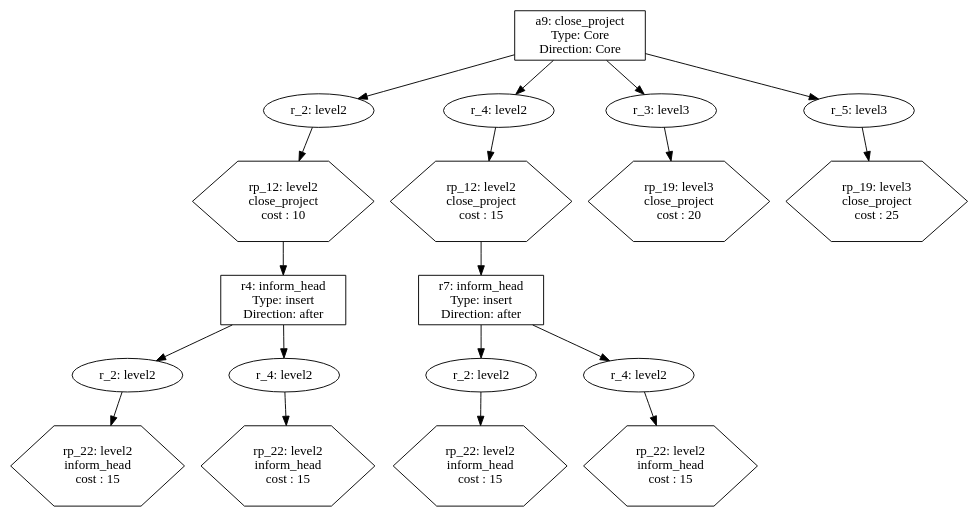
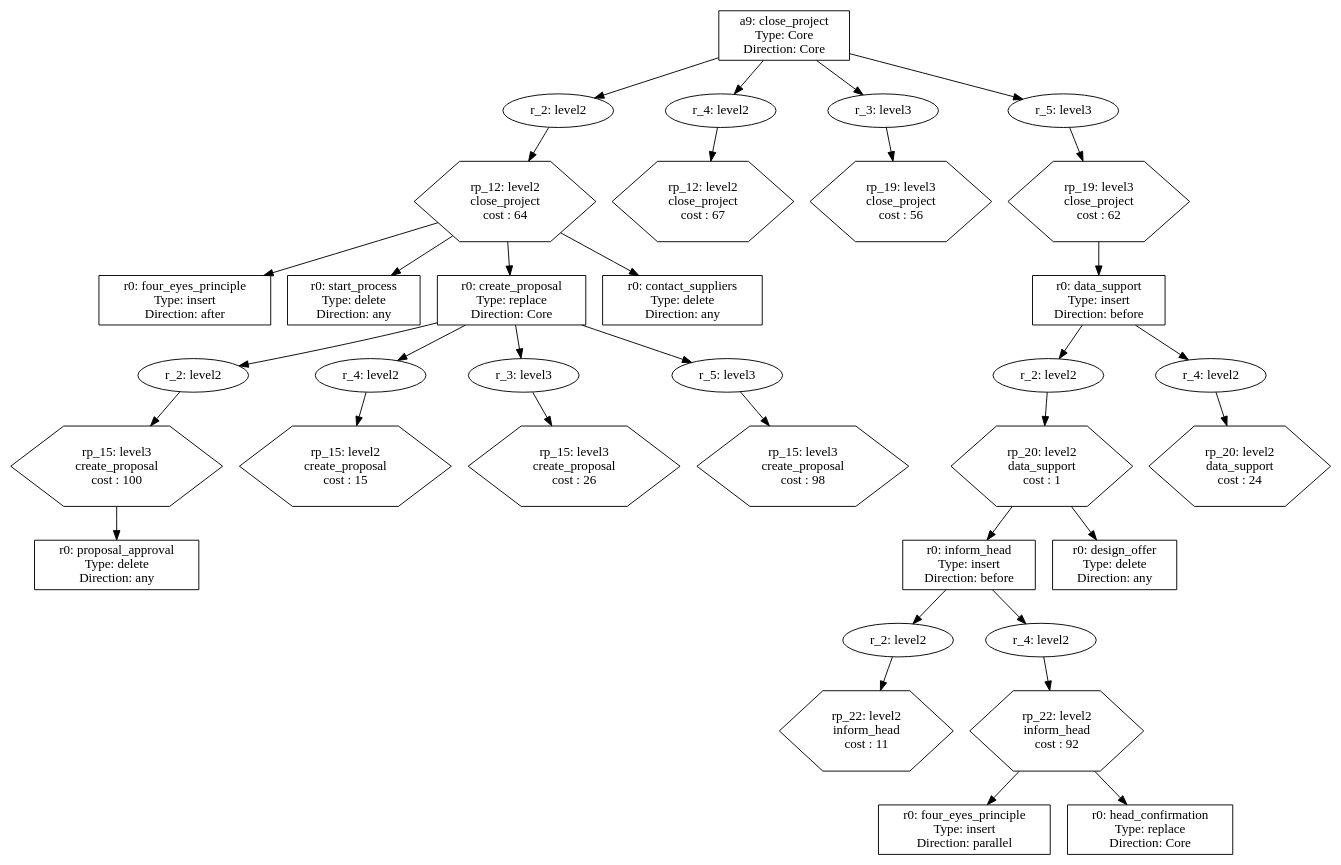
One commit to Schlixmann/RA-RPST-Allocation changed the diagram in tree_allocation/tree/tmp/call_tree.dot. Above: the diagram before and after it, drawn with Graphviz. The commit also changed 17 other files, not shown here.

```diff
--- a/tree_allocation/tree/tmp/call_tree.dot
+++ b/tree_allocation/tree/tmp/call_tree.dot
@@ -1,61 +1,117 @@
 digraph CallTree {
-	"4912c7f4-c8de-11ee-ab3a-04cf4b795879" [label = "a9: close_project 
+	"7f15f74c-cb57-11ee-9270-04cf4b795879" [label = "a9: close_project 
  Type: Core 
  Direction: Core" shape=rectangle]	; 
-	"4912eb44-c8de-11ee-ab3a-04cf4b795879" [label = "r_2: level2"]	; 
- 	"4912c7f4-c8de-11ee-ab3a-04cf4b795879" -> "4912eb44-c8de-11ee-ab3a-04cf4b795879"	 ;
-	"4912f300-c8de-11ee-ab3a-04cf4b795879" [label = "rp_12: level2 
+	"7f160a66-cb57-11ee-9270-04cf4b795879" [label = "r_2: level2"]	; 
+ 	"7f15f74c-cb57-11ee-9270-04cf4b795879" -> "7f160a66-cb57-11ee-9270-04cf4b795879"	 ;
+	"7f160e94-cb57-11ee-9270-04cf4b795879" [label = "rp_12: level2 
  close_project 
- cost : 10" shape=polygon sides=6]	; 
-	"4912eb44-c8de-11ee-ab3a-04cf4b795879" -> "4912f300-c8de-11ee-ab3a-04cf4b795879"	 ;
-	"4912f95e-c8de-11ee-ab3a-04cf4b795879" [label = "r4: inform_head 
+ cost : 64" shape=polygon sides=6]	; 
+	"7f160a66-cb57-11ee-9270-04cf4b795879" -> "7f160e94-cb57-11ee-9270-04cf4b795879"	 ;
+	"7f1611fa-cb57-11ee-9270-04cf4b795879" [label = "r0: four_eyes_principle 
  Type: insert 
  Direction: after" shape=rectangle]	; 
-	"4912f300-c8de-11ee-ab3a-04cf4b795879" -> "4912f95e-c8de-11ee-ab3a-04cf4b795879"	 ;
-	"491304d0-c8de-11ee-ab3a-04cf4b795879" [label = "r_2: level2"]	; 
- 	"4912f95e-c8de-11ee-ab3a-04cf4b795879" -> "491304d0-c8de-11ee-ab3a-04cf4b795879"	 ;
-	"49130cdc-c8de-11ee-ab3a-04cf4b795879" [label = "rp_22: level2 
+	"7f160e94-cb57-11ee-9270-04cf4b795879" -> "7f1611fa-cb57-11ee-9270-04cf4b795879"	 ;
+	"7f16166e-cb57-11ee-9270-04cf4b795879" [label = "r0: start_process 
+ Type: delete 
+ Direction: any" shape=rectangle]	; 
+	"7f160e94-cb57-11ee-9270-04cf4b795879" -> "7f16166e-cb57-11ee-9270-04cf4b795879"	 ;
+	"7f161a4c-cb57-11ee-9270-04cf4b795879" [label = "r0: create_proposal 
+ Type: replace 
+ Direction: Core" shape=rectangle]	; 
+	"7f160e94-cb57-11ee-9270-04cf4b795879" -> "7f161a4c-cb57-11ee-9270-04cf4b795879"	 ;
+	"7f162028-cb57-11ee-9270-04cf4b795879" [label = "r_2: level2"]	; 
+ 	"7f161a4c-cb57-11ee-9270-04cf4b795879" -> "7f162028-cb57-11ee-9270-04cf4b795879"	 ;
+	"7f16242e-cb57-11ee-9270-04cf4b795879" [label = "rp_15: level3 
+ create_proposal 
+ cost : 100" shape=polygon sides=6]	; 
+	"7f162028-cb57-11ee-9270-04cf4b795879" -> "7f16242e-cb57-11ee-9270-04cf4b795879"	 ;
+	"7f16276c-cb57-11ee-9270-04cf4b795879" [label = "r0: proposal_approval 
+ Type: delete 
+ Direction: any" shape=rectangle]	; 
+	"7f16242e-cb57-11ee-9270-04cf4b795879" -> "7f16276c-cb57-11ee-9270-04cf4b795879"	 ;
+	"7f162b36-cb57-11ee-9270-04cf4b795879" [label = "r_4: level2"]	; 
+ 	"7f161a4c-cb57-11ee-9270-04cf4b795879" -> "7f162b36-cb57-11ee-9270-04cf4b795879"	 ;
+	"7f162f0a-cb57-11ee-9270-04cf4b795879" [label = "rp_15: level2 
+ create_proposal 
+ cost : 15" shape=polygon sides=6]	; 
+	"7f162b36-cb57-11ee-9270-04cf4b795879" -> "7f162f0a-cb57-11ee-9270-04cf4b795879"	 ;
+	"7f16322a-cb57-11ee-9270-04cf4b795879" [label = "r_3: level3"]	; 
+ 	"7f161a4c-cb57-11ee-9270-04cf4b795879" -> "7f16322a-cb57-11ee-9270-04cf4b795879"	 ;
+	"7f1635ea-cb57-11ee-9270-04cf4b795879" [label = "rp_15: level3 
+ create_proposal 
+ cost : 26" shape=polygon sides=6]	; 
+	"7f16322a-cb57-11ee-9270-04cf4b795879" -> "7f1635ea-cb57-11ee-9270-04cf4b795879"	 ;
+	"7f1638ec-cb57-11ee-9270-04cf4b795879" [label = "r_5: level3"]	; 
+ 	"7f161a4c-cb57-11ee-9270-04cf4b795879" -> "7f1638ec-cb57-11ee-9270-04cf4b795879"	 ;
+	"7f163cfc-cb57-11ee-9270-04cf4b795879" [label = "rp_15: level3 
+ create_proposal 
+ cost : 98" shape=polygon sides=6]	; 
+	"7f1638ec-cb57-11ee-9270-04cf4b795879" -> "7f163cfc-cb57-11ee-9270-04cf4b795879"	 ;
+	"7f16401c-cb57-11ee-9270-04cf4b795879" [label = "r0: contact_suppliers 
+ Type: delete 
+ Direction: any" shape=rectangle]	; 
+	"7f160e94-cb57-11ee-9270-04cf4b795879" -> "7f16401c-cb57-11ee-9270-04cf4b795879"	 ;
+	"7f1643f0-cb57-11ee-9270-04cf4b795879" [label = "r_4: level2"]	; 
+ 	"7f15f74c-cb57-11ee-9270-04cf4b795879" -> "7f1643f0-cb57-11ee-9270-04cf4b795879"	 ;
+	"7f1647e2-cb57-11ee-9270-04cf4b795879" [label = "rp_12: level2 
+ close_project 
+ cost : 67" shape=polygon sides=6]	; 
+	"7f1643f0-cb57-11ee-9270-04cf4b795879" -> "7f1647e2-cb57-11ee-9270-04cf4b795879"	 ;
+	"7f164af8-cb57-11ee-9270-04cf4b795879" [label = "r_3: level3"]	; 
+ 	"7f15f74c-cb57-11ee-9270-04cf4b795879" -> "7f164af8-cb57-11ee-9270-04cf4b795879"	 ;
+	"7f164eae-cb57-11ee-9270-04cf4b795879" [label = "rp_19: level3 
+ close_project 
+ cost : 56" shape=polygon sides=6]	; 
+	"7f164af8-cb57-11ee-9270-04cf4b795879" -> "7f164eae-cb57-11ee-9270-04cf4b795879"	 ;
+	"7f1651ba-cb57-11ee-9270-04cf4b795879" [label = "r_5: level3"]	; 
+ 	"7f15f74c-cb57-11ee-9270-04cf4b795879" -> "7f1651ba-cb57-11ee-9270-04cf4b795879"	 ;
+	"7f16557a-cb57-11ee-9270-04cf4b795879" [label = "rp_19: level3 
+ close_project 
+ cost : 62" shape=polygon sides=6]	; 
+	"7f1651ba-cb57-11ee-9270-04cf4b795879" -> "7f16557a-cb57-11ee-9270-04cf4b795879"	 ;
+	"7f165886-cb57-11ee-9270-04cf4b795879" [label = "r0: data_support 
+ Type: insert 
+ Direction: before" shape=rectangle]	; 
+	"7f16557a-cb57-11ee-9270-04cf4b795879" -> "7f165886-cb57-11ee-9270-04cf4b795879"	 ;
+	"7f165ffc-cb57-11ee-9270-04cf4b795879" [label = "r_2: level2"]	; 
+ 	"7f165886-cb57-11ee-9270-04cf4b795879" -> "7f165ffc-cb57-11ee-9270-04cf4b795879"	 ;
+	"7f166452-cb57-11ee-9270-04cf4b795879" [label = "rp_20: level2 
+ data_support 
+ cost : 1" shape=polygon sides=6]	; 
+	"7f165ffc-cb57-11ee-9270-04cf4b795879" -> "7f166452-cb57-11ee-9270-04cf4b795879"	 ;
+	"7f166786-cb57-11ee-9270-04cf4b795879" [label = "r0: inform_head 
+ Type: insert 
+ Direction: before" shape=rectangle]	; 
+	"7f166452-cb57-11ee-9270-04cf4b795879" -> "7f166786-cb57-11ee-9270-04cf4b795879"	 ;
+	"7f166dc6-cb57-11ee-9270-04cf4b795879" [label = "r_2: level2"]	; 
+ 	"7f166786-cb57-11ee-9270-04cf4b795879" -> "7f166dc6-cb57-11ee-9270-04cf4b795879"	 ;
+	"7f1671fe-cb57-11ee-9270-04cf4b795879" [label = "rp_22: level2 
  inform_head 
- cost : 15" shape=polygon sides=6]	; 
-	"491304d0-c8de-11ee-ab3a-04cf4b795879" -> "49130cdc-c8de-11ee-ab3a-04cf4b795879"	 ;
-	"491312f4-c8de-11ee-ab3a-04cf4b795879" [label = "r_4: level2"]	; 
- 	"4912f95e-c8de-11ee-ab3a-04cf4b795879" -> "491312f4-c8de-11ee-ab3a-04cf4b795879"	 ;
-	"491319ac-c8de-11ee-ab3a-04cf4b795879" [label = "rp_22: level2 
+ cost : 11" shape=polygon sides=6]	; 
+	"7f166dc6-cb57-11ee-9270-04cf4b795879" -> "7f1671fe-cb57-11ee-9270-04cf4b795879"	 ;
+	"7f167582-cb57-11ee-9270-04cf4b795879" [label = "r_4: level2"]	; 
+ 	"7f166786-cb57-11ee-9270-04cf4b795879" -> "7f167582-cb57-11ee-9270-04cf4b795879"	 ;
+	"7f16796a-cb57-11ee-9270-04cf4b795879" [label = "rp_22: level2 
  inform_head 
- cost : 15" shape=polygon sides=6]	; 
-	"491312f4-c8de-11ee-ab3a-04cf4b795879" -> "491319ac-c8de-11ee-ab3a-04cf4b795879"	 ;
-	"49131f6a-c8de-11ee-ab3a-04cf4b795879" [label = "r_4: level2"]	; 
- 	"4912c7f4-c8de-11ee-ab3a-04cf4b795879" -> "49131f6a-c8de-11ee-ab3a-04cf4b795879"	 ;
-	"4913269a-c8de-11ee-ab3a-04cf4b795879" [label = "rp_12: level2 
- close_project 
- cost : 15" shape=polygon sides=6]	; 
-	"49131f6a-c8de-11ee-ab3a-04cf4b795879" -> "4913269a-c8de-11ee-ab3a-04cf4b795879"	 ;
-	"49132e4c-c8de-11ee-ab3a-04cf4b795879" [label = "r7: inform_head 
+ cost : 92" shape=polygon sides=6]	; 
+	"7f167582-cb57-11ee-9270-04cf4b795879" -> "7f16796a-cb57-11ee-9270-04cf4b795879"	 ;
+	"7f167cbc-cb57-11ee-9270-04cf4b795879" [label = "r0: four_eyes_principle 
  Type: insert 
- Direction: after" shape=rectangle]	; 
-	"4913269a-c8de-11ee-ab3a-04cf4b795879" -> "49132e4c-c8de-11ee-ab3a-04cf4b795879"	 ;
-	"49133928-c8de-11ee-ab3a-04cf4b795879" [label = "r_2: level2"]	; 
- 	"49132e4c-c8de-11ee-ab3a-04cf4b795879" -> "49133928-c8de-11ee-ab3a-04cf4b795879"	 ;
-	"4913418e-c8de-11ee-ab3a-04cf4b795879" [label = "rp_22: level2 
- inform_head 
- cost : 15" shape=polygon sides=6]	; 
-	"49133928-c8de-11ee-ab3a-04cf4b795879" -> "4913418e-c8de-11ee-ab3a-04cf4b795879"	 ;
-	"4913477e-c8de-11ee-ab3a-04cf4b795879" [label = "r_4: level2"]	; 
- 	"49132e4c-c8de-11ee-ab3a-04cf4b795879" -> "4913477e-c8de-11ee-ab3a-04cf4b795879"	 ;
-	"49134f30-c8de-11ee-ab3a-04cf4b795879" [label = "rp_22: level2 
- inform_head 
- cost : 15" shape=polygon sides=6]	; 
-	"4913477e-c8de-11ee-ab3a-04cf4b795879" -> "49134f30-c8de-11ee-ab3a-04cf4b795879"	 ;
-	"491355c0-c8de-11ee-ab3a-04cf4b795879" [label = "r_3: level3"]	; 
- 	"4912c7f4-c8de-11ee-ab3a-04cf4b795879" -> "491355c0-c8de-11ee-ab3a-04cf4b795879"	 ;
-	"49135cdc-c8de-11ee-ab3a-04cf4b795879" [label = "rp_19: level3 
- close_project 
- cost : 20" shape=polygon sides=6]	; 
-	"491355c0-c8de-11ee-ab3a-04cf4b795879" -> "49135cdc-c8de-11ee-ab3a-04cf4b795879"	 ;
-	"4913622c-c8de-11ee-ab3a-04cf4b795879" [label = "r_5: level3"]	; 
- 	"4912c7f4-c8de-11ee-ab3a-04cf4b795879" -> "4913622c-c8de-11ee-ab3a-04cf4b795879"	 ;
-	"49136894-c8de-11ee-ab3a-04cf4b795879" [label = "rp_19: level3 
- close_project 
- cost : 25" shape=polygon sides=6]	; 
-	"4913622c-c8de-11ee-ab3a-04cf4b795879" -> "49136894-c8de-11ee-ab3a-04cf4b795879"	 ;
+ Direction: parallel" shape=rectangle]	; 
+	"7f16796a-cb57-11ee-9270-04cf4b795879" -> "7f167cbc-cb57-11ee-9270-04cf4b795879"	 ;
+	"7f16813a-cb57-11ee-9270-04cf4b795879" [label = "r0: head_confirmation 
+ Type: replace 
+ Direction: Core" shape=rectangle]	; 
+	"7f16796a-cb57-11ee-9270-04cf4b795879" -> "7f16813a-cb57-11ee-9270-04cf4b795879"	 ;
+	"7f168630-cb57-11ee-9270-04cf4b795879" [label = "r0: design_offer 
+ Type: delete 
+ Direction: any" shape=rectangle]	; 
+	"7f166452-cb57-11ee-9270-04cf4b795879" -> "7f168630-cb57-11ee-9270-04cf4b795879"	 ;
+	"7f168ad6-cb57-11ee-9270-04cf4b795879" [label = "r_4: level2"]	; 
+ 	"7f165886-cb57-11ee-9270-04cf4b795879" -> "7f168ad6-cb57-11ee-9270-04cf4b795879"	 ;
+	"7f168ec8-cb57-11ee-9270-04cf4b795879" [label = "rp_20: level2 
+ data_support 
+ cost : 24" shape=polygon sides=6]	; 
+	"7f168ad6-cb57-11ee-9270-04cf4b795879" -> "7f168ec8-cb57-11ee-9270-04cf4b795879"	 ;
 }
```
